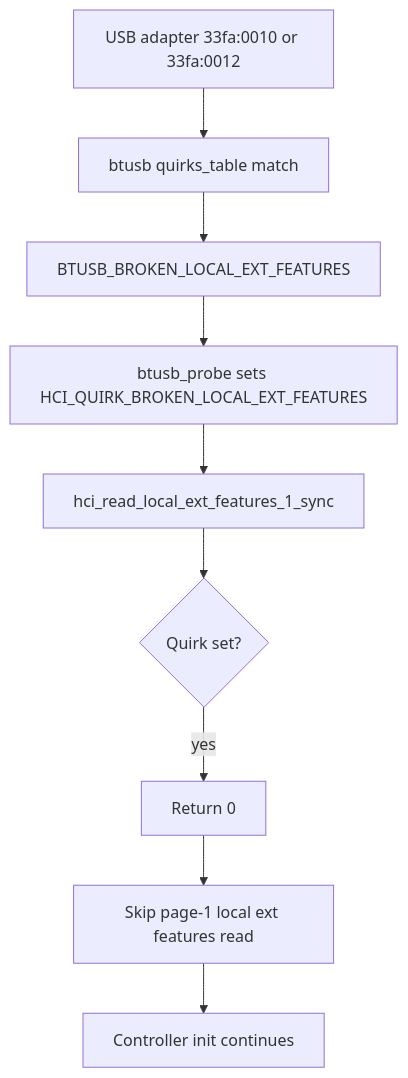
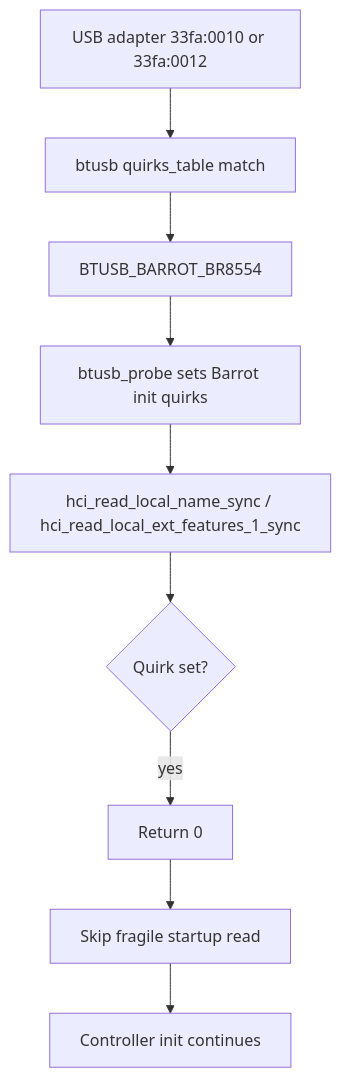
One commit to vratiskol/barrot-ble-device changed the second of 4 diagrams in PATCH_DETAILS.md. Above: the diagram before and after it, drawn with Mermaid. The commit also changed other lines of this file and 8 other files, not shown here.

````diff
--- a/PATCH_DETAILS.md
+++ b/PATCH_DETAILS.md
@@ -42,11 +42,11 @@
 ```mermaid
 flowchart TD
     A[USB adapter 33fa:0010 or 33fa:0012] --> B[btusb quirks_table match]
-    B --> C[BTUSB_BROKEN_LOCAL_EXT_FEATURES]
-    C --> D[btusb_probe sets HCI_QUIRK_BROKEN_LOCAL_EXT_FEATURES]
-    D --> E[hci_read_local_ext_features_1_sync]
+    B --> C[BTUSB_BARROT_BR8554]
+    C --> D[btusb_probe sets Barrot init quirks]
+    D --> E[hci_read_local_name_sync / hci_read_local_ext_features_1_sync]
     E --> F{Quirk set?}
     F -->|yes| G[Return 0]
-    G --> H[Skip page-1 local ext features read]
+    G --> H[Skip fragile startup read]
     H --> I[Controller init continues]
 ```
````
